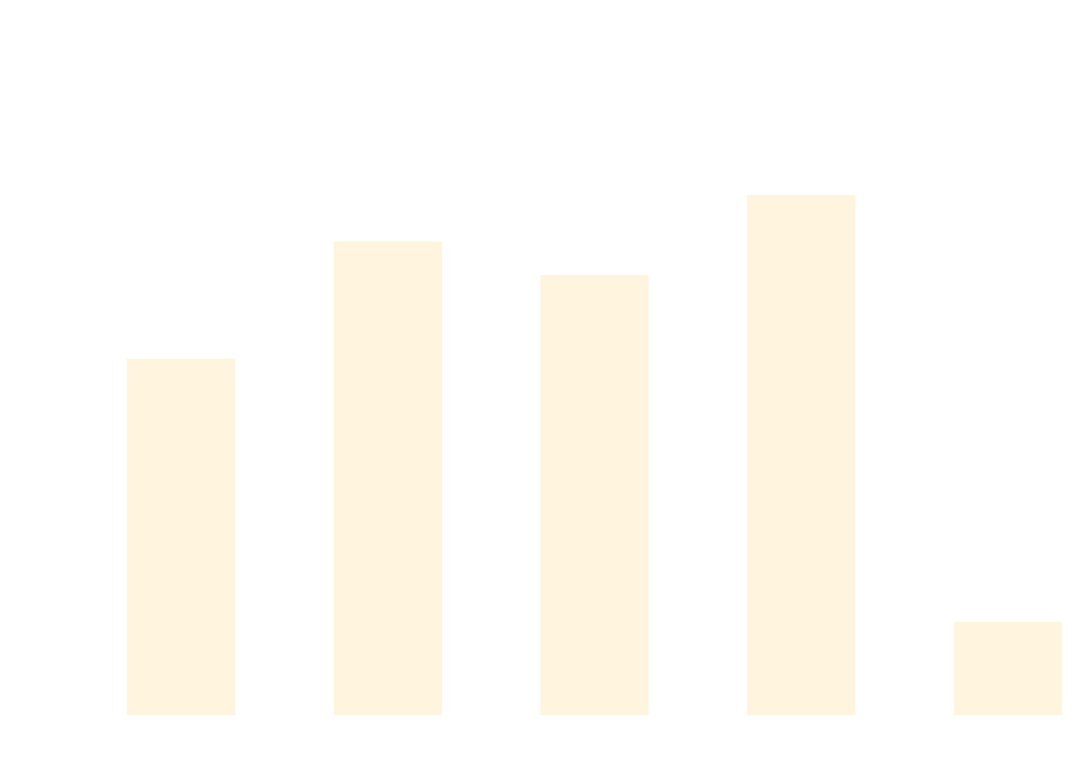
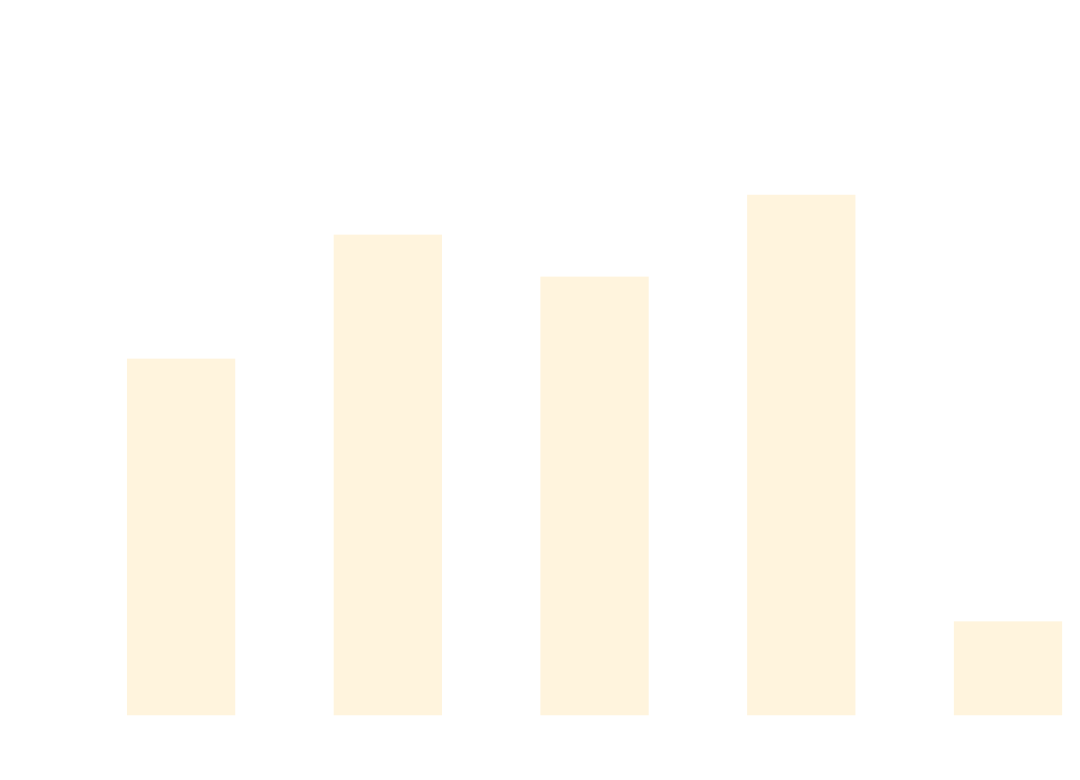
Before and after one commit to thomhurst/TUnit: the diagram in docs/docs/benchmarks/AsyncTests.md, drawn with Mermaid. The commit also changed other lines of this file and 17 other files, not shown here.

````diff
--- a/docs/docs/benchmarks/AsyncTests.md
+++ b/docs/docs/benchmarks/AsyncTests.md
@@ -27,37 +27,37 @@
 ```mermaid
 %%{init: {
   'theme':'base',
   'themeVariables': {
     'primaryColor': '#2563eb',
     'primaryTextColor': '#ffffff',
     'primaryBorderColor': '#1e40af',
     'lineColor': '#6b7280',
     'secondaryColor': '#7c3aed',
     'tertiaryColor': '#dc2626',
     'background': '#ffffff',
     'mainBkg': '#2563eb',
     'secondBkg': '#7c3aed',
     'tertiaryBkg': '#dc2626',
     'clusterBkg': '#f3f4f6',
     'edgeLabelBackground': '#ffffff',
     'tertiaryTextColor': '#1f2937',
     'pie1': '#2563eb',
     'pie2': '#7c3aed',
     'pie3': '#dc2626',
     'pie4': '#f59e0b',
     'pie5': '#10b981',
     'pie6': '#06b6d4',
     'pie7': '#ec4899',
     'pie8': '#6366f1',
     'pie9': '#84cc16',
     'pie10': '#f97316',
     'pie11': '#14b8a6',
     'pie12': '#a855f7'
   }
 }}%%
 xychart-beta
   title "AsyncTests Performance Comparison"
   x-axis ["TUnit", "NUnit", "MSTest", "xUnit3", "TUnit_AOT"]
-  y-axis "Time (ms)" 0 --> 916
-  bar [517.5, 693.3, 643, 763.1, 122.6]
+  y-axis "Time (ms)" 0 --> 897
+  bar [506.7, 688.9, 627.2, 747.5, 120.7]
 ```
````
